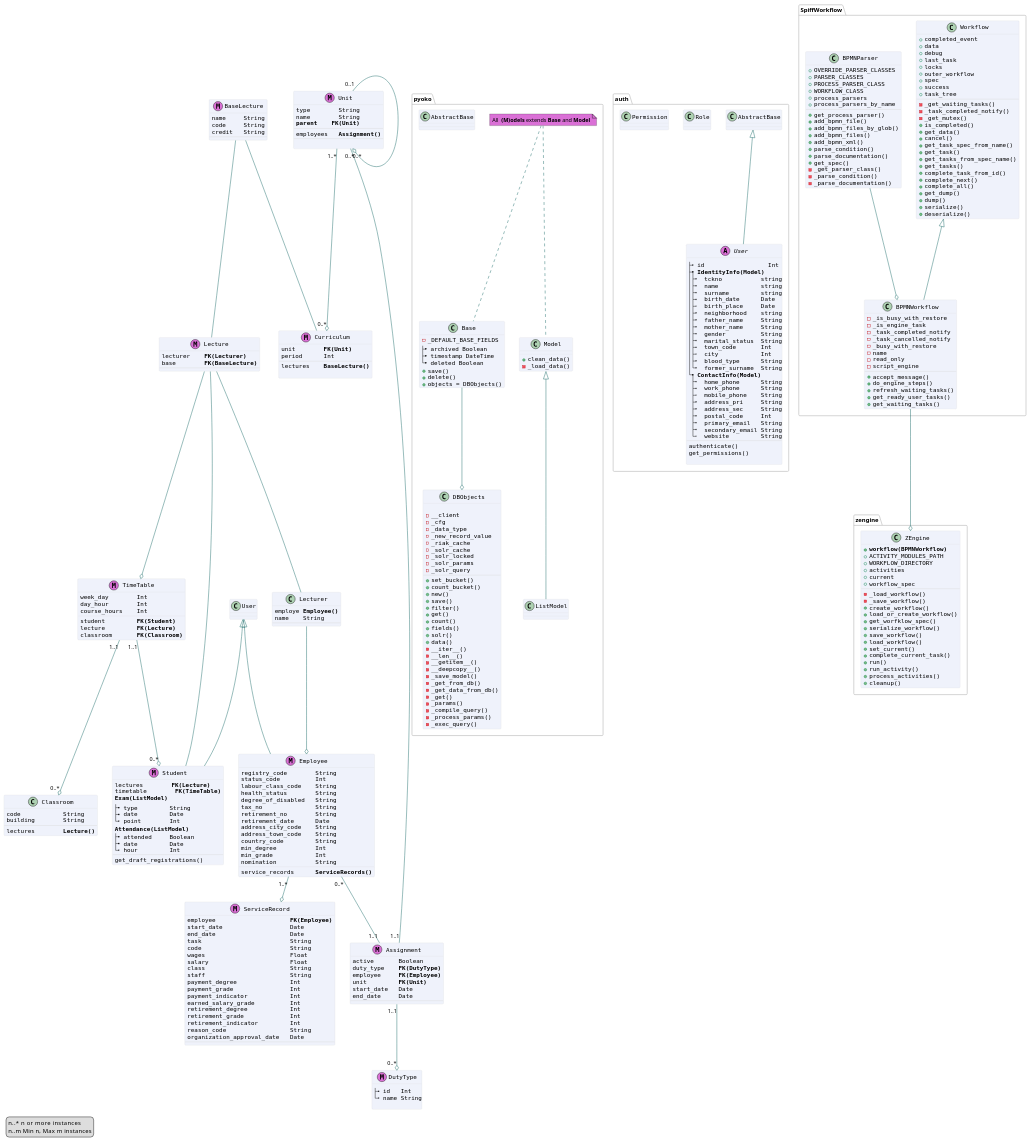
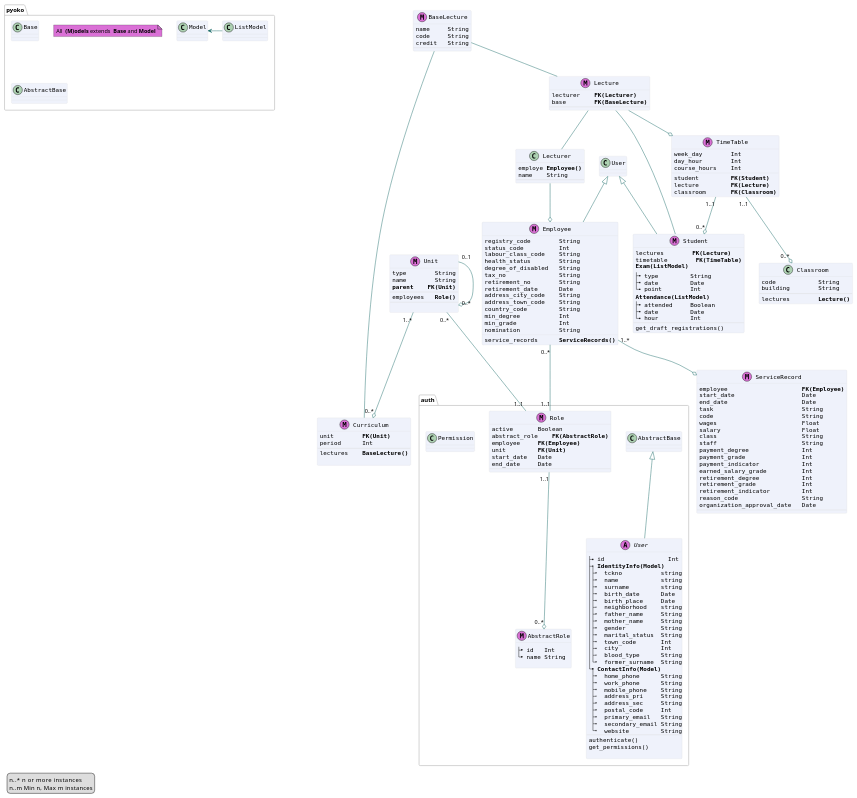
Before and after one commit to zetaops/ulakbus: the diagram in docs/diagrams/models.puml, drawn with PlantUML. The commit also changed 4 other files, not shown here.

Commit message:
more diagram work

```diff
--- a/docs/diagrams/models.puml
+++ b/docs/diagrams/models.puml
@@ -22,66 +22,11 @@
 
 
 package pyoko{
-
-
-note  "All <color:black><b> (M)odels</b></color> extends <b>Base</b> and <b>Model</b>" as n1 #orchid
-n1 .. Base
-n1 .. Model
-
-class DBObjects{
-
-- __client
-- _cfg
-- _data_type
-- _new_record_value
-- _riak_cache
-- _solr_cache
-- _solr_locked
-- _solr_params
-- _solr_query
---
-+ set_bucket()
-+ count_bucket()
-+ new()
-+ save()
-+ filter()
-+ get()
-+ count()
-+ fields()
-+ solr()
-+ data()
-- __iter__()
-- __len__()
-- __getitem__()
-- __deepcopy__()
-- _save_model()
-- _get_from_db()
-- _get_data_from_db()
-- _get()
-- _params()
-- _compile_query()
-- _process_params()
-- _exec_query()
-}
-    class Base{
-    - _DEFAULT_BASE_FIELDS
-  |_ archived Boolean
-  |_ timestamp DateTime
-  |_ deleted Boolean
-    + save()
-    + delete()
-    + objects = DBObjects()
-    }
-    class Model{
-    + clean_data()
-    - _load_data()
-
-    }
-    class AbstractBase{
-    }
-    class ListModel extends Model{
-    }
-Base --o DBObjects
+class Base
+class Model
+Model <- ListModel
+note "All <color:black><b> (M)odels</b></color> extends  <b>Base</b> and <b>Model</b>" as N1 #orchid
+class AbstractBase
 }
 
 
@@ -120,107 +65,25 @@
 
 }
 
-class Role{
+
+class AbstractRole<<(M,orchid)>>{
+|_ id   Int
+|_ name String
+
 }
+class Role<<(M,orchid)>>{
+active       Boolean
+abstract_role    **FK(AbstractRole)**
+employee     **FK(Employee)**
+unit         **FK(Unit)**
+start_date   Date
+end_date     Date
+--
+}
+
 class Permission{
 }
 
-}
-
-package SpiffWorkflow{
-class Workflow{
-+ completed_event
-+ data
-+ debug
-+ last_task
-+ locks
-+ outer_workflow
-+ spec
-+ success
-+ task_tree
---
-- _get_waiting_tasks()
-- _task_completed_notify()
-- _get_mutex()
-+ is_completed()
-+ get_data()
-+ cancel()
-+ get_task_spec_from_name()
-+ get_task()
-+ get_tasks_from_spec_name()
-+ get_tasks()
-+ complete_task_from_id()
-+ complete_next()
-+ complete_all()
-+ get_dump()
-+ dump()
-+ serialize()
-+ deserialize()
-}
-class BPMNWorkflow extends Workflow{
-- _is_busy_with_restore
-- _is_engine_task
-- _task_completed_notify
-- _task_cancelled_notify
-- _busy_with_restore
-- name
-- read_only
-- script_engine
---
-+ accept_message()
-+ do_engine_steps()
-+ refresh_waiting_tasks()
-+ get_ready_user_tasks()
-+ get_waiting_tasks()
-}
-class BPMNParser{
-+ OVERRIDE_PARSER_CLASSES
-+ PARSER_CLASSES
-+ PROCESS_PARSER_CLASS
-+ WORKFLOW_CLASS
-+ process_parsers
-+ process_parsers_by_name
---
-+ get_process_parser()
-+ add_bpmn_file()
-+ add_bpmn_files_by_glob()
-+ add_bpmn_files()
-+ add_bpmn_xml()
-+ parse_condition()
-+ parse_documentation()
-+ get_spec()
-- _get_parser_class()
-- _parse_condition()
-- _parse_documentation()
-}
-BPMNParser --o BPMNWorkflow
-}
-
-BPMNWorkflow --o zengine.ZEngine
-package zengine{
-    class ZEngine{
-        + **workflow(BPMNWorkflow)**
-        + ACTIVITY_MODULES_PATH
-        + WORKFLOW_DIRECTORY
-        + activities
-        + current
-        + workflow_spec
-        --
-        - _load_workflow()
-        - _save_workflow()
-        + create_workflow()
-        + load_or_create_workflow()
-        + get_worfklow_spec()
-        + serialize_workflow()
-        + save_workflow()
-        + load_workflow()
-        + set_current()
-        + complete_current_task()
-        + run()
-        + run_activity()
-        + process_activities()
-        + cleanup()
-    }
 }
 
 
@@ -270,7 +133,7 @@
 name        String
 **parent    FK(Unit)**
 --
-employees   **Assignment()**
+employees   **Role()**
 --
 
 }
@@ -281,20 +144,6 @@
 
 
 
-class DutyType<<(M,orchid)>>{
-|_ id   Int
-|_ name String
-
-}
-class Assignment<<(M,orchid)>>{
-active       Boolean
-duty_type    **FK(DutyType)**
-employee     **FK(Employee)**
-unit         **FK(Unit)**
-start_date   Date
-end_date     Date
---
-}
 
 class Lecturer{
 employe **Employee()**
@@ -361,12 +210,12 @@
 BaseLecture -- Curriculum
 BaseLecture -- Lecture
 
-Unit "0..*" -- "1..1" Assignment
+Unit "0..*" -- "1..1" Role
 Unit "0..1" --o "0..*" Unit
-Employee "0..*" -- "1..1" Assignment
+Employee "0..*" -- "1..1" Role
 Lecturer --o Employee
 Lecture --o TimeTable
-Assignment "1..1" --o "0..*" DutyType
+Role "1..1" --o "0..*" AbstractRole
 
 
 TimeTable "1..1" --o "0..*" Student
```
